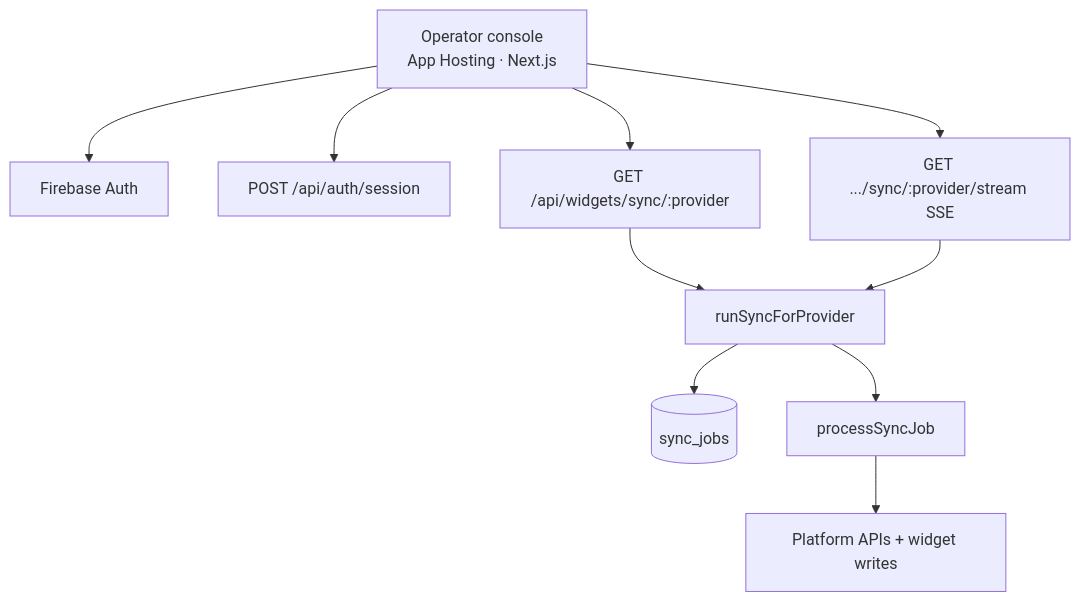
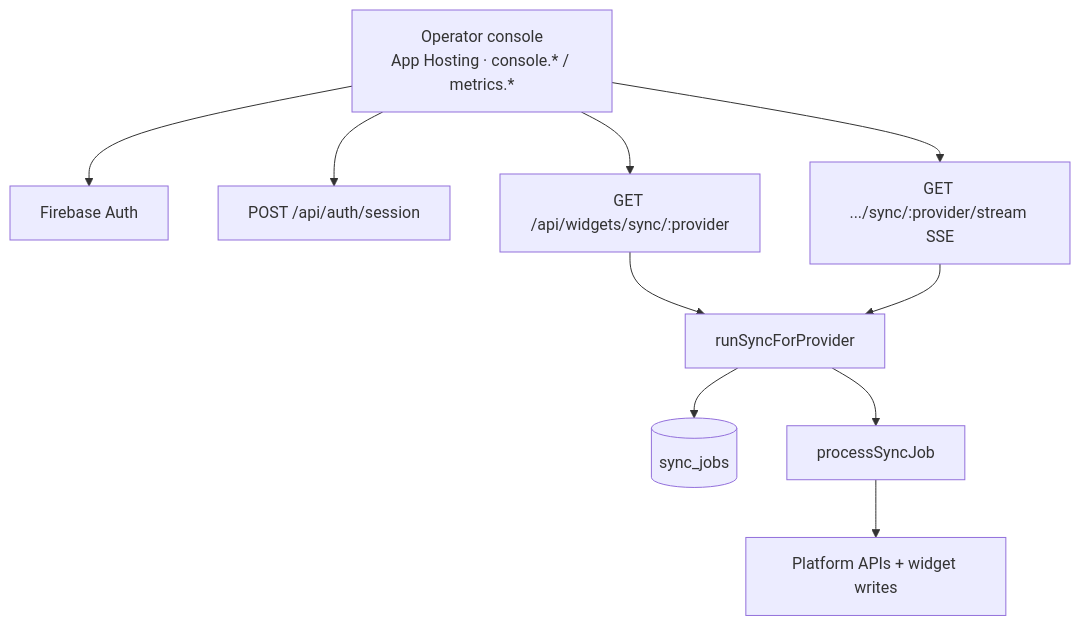
The fifth of 5 diagrams in README.md (chrisvogt/metrics), drawn with Mermaid before and after one commit. The commit also changed other lines of this file and 44 other files, not shown here.

````diff
--- a/README.md
+++ b/README.md
@@ -117,12 +143,12 @@
 ```mermaid
 flowchart TB
-  admin[Operator console<br/>App Hosting · Next.js] --> auth[Firebase Auth]
+  admin[Operator console<br/>App Hosting · console.* / metrics.*] --> auth[Firebase Auth]
   admin --> sess[POST /api/auth/session]
   admin --> sync[GET /api/widgets/sync/:provider]
   admin --> stream[GET .../sync/:provider/stream SSE]
   sync --> fn[runSyncForProvider]
   stream --> fn
   fn --> q[(sync_jobs)]
   fn --> job[processSyncJob]
   job --> out[Platform APIs + widget writes]
 ```
````
